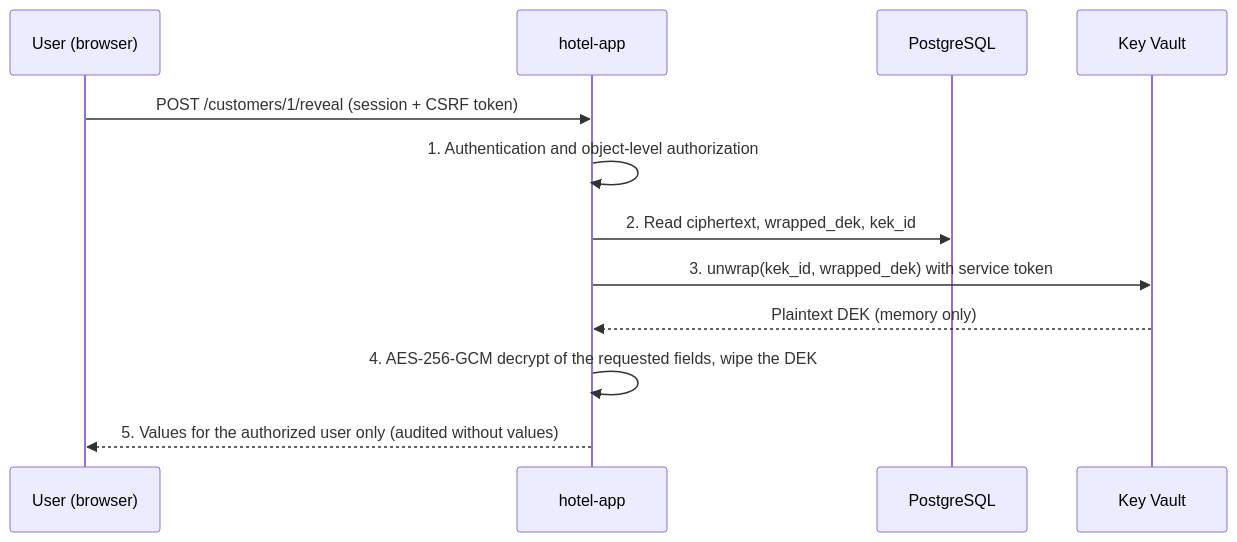
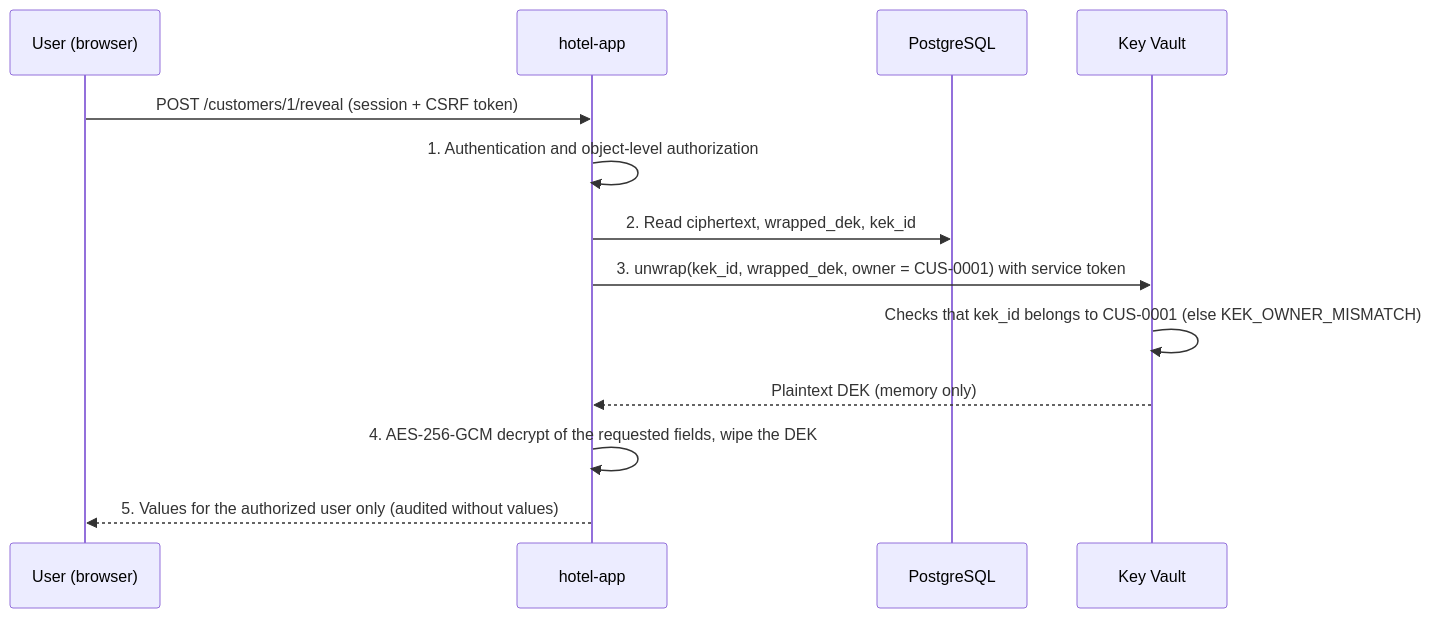
One commit to lccjavo/cetys-unit4-disaster-recovery-lab changed the second of 4 diagrams in README.md. Above: the diagram before and after it, drawn with Mermaid. The commit also changed other lines of this file and 27 other files, not shown here.

````diff
--- a/README.md
+++ b/README.md
@@ -107,14 +109,15 @@
 ```mermaid
 sequenceDiagram
   participant U as User (browser)
   participant H as hotel-app
   participant P as PostgreSQL
   participant K as Key Vault
   U->>H: POST /customers/1/reveal (session + CSRF token)
   H->>H: 1. Authentication and object-level authorization
   H->>P: 2. Read ciphertext, wrapped_dek, kek_id
-  H->>K: 3. unwrap(kek_id, wrapped_dek) with service token
+  H->>K: 3. unwrap(kek_id, wrapped_dek, owner = CUS-0001) with service token
+  K->>K: Checks that kek_id belongs to CUS-0001 (else KEK_OWNER_MISMATCH)
   K-->>H: Plaintext DEK (memory only)
   H->>H: 4. AES-256-GCM decrypt of the requested fields, wipe the DEK
   H-->>U: 5. Values for the authorized user only (audited without values)
 ```
````
